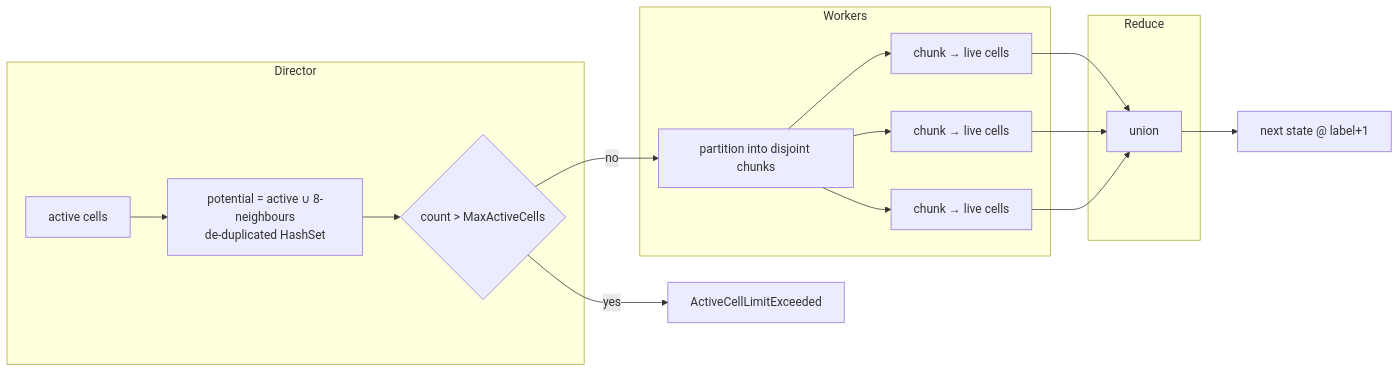
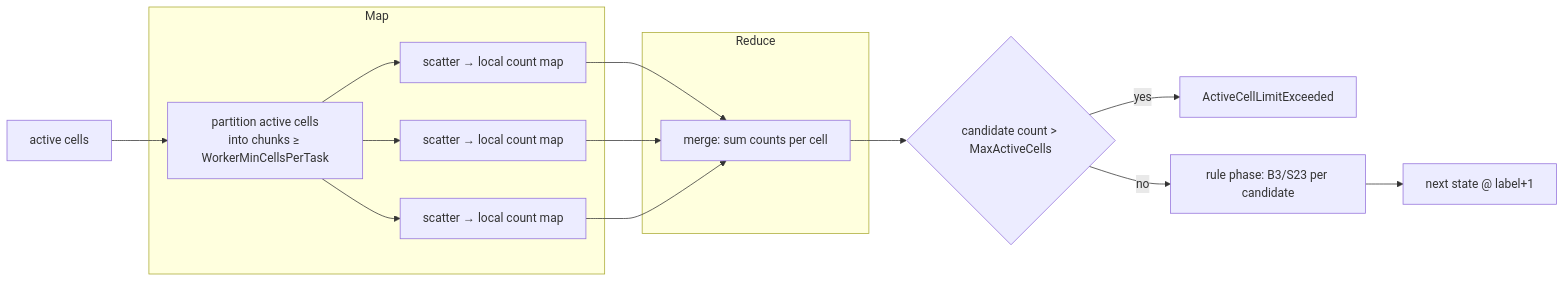
The diagram in docs/engine.md (GabrielAtGitHub/LifeService), drawn with Mermaid before and after one commit. The commit also changed other lines of this file and 4 other files, not shown here.

First line of the commit message:
Rewrite compute engine as scatter/accumulate map-reduce

````diff
--- a/docs/engine.md
+++ b/docs/engine.md
@@ -14,20 +14,18 @@
 ```mermaid
 flowchart LR
-    subgraph Director
-        A[active cells] --> B[potential = active ∪ 8-neighbours<br/>de-duplicated HashSet]
-        B --> L{count &gt; MaxActiveCells}
-    end
-    subgraph Workers
-        L -- no --> P[partition into disjoint chunks]
-        P --> W1[chunk → live cells]
-        P --> W2[chunk → live cells]
-        P --> W3[chunk → live cells]
+    A[active cells] --> P[partition active cells<br/>into chunks ≥ WorkerMinCellsPerTask]
+    subgraph Map
+        P --> W1[scatter → local count map]
+        P --> W2[scatter → local count map]
+        P --> W3[scatter → local count map]
     end
     subgraph Reduce
-        W1 --> U[union]
-        W2 --> U
-        W3 --> U
+        W1 --> M[merge: sum counts per cell]
+        W2 --> M
+        W3 --> M
     end
-    U --> N[next state @ label+1]
+    M --> L{candidate count &gt; MaxActiveCells}
     L -- yes --> X[ActiveCellLimitExceeded]
+    L -- no --> R[rule phase: B3/S23 per candidate]
+    R --> N[next state @ label+1]
 ```
````
